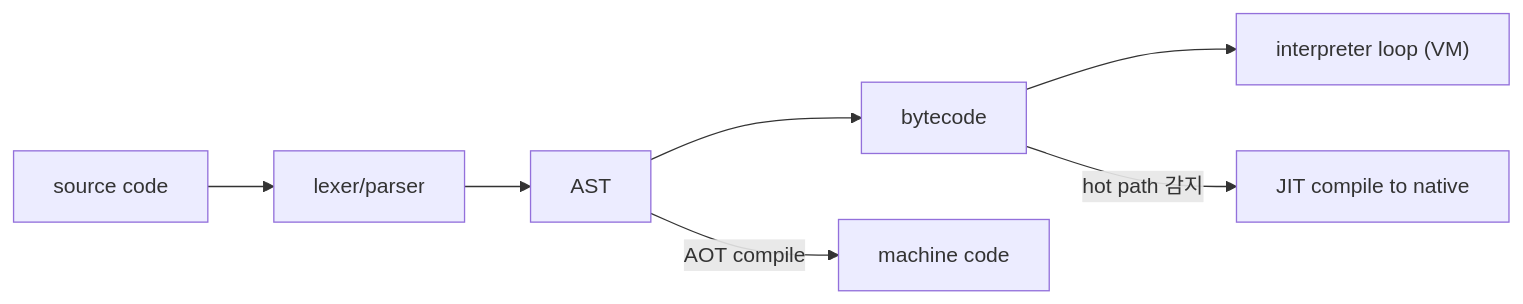
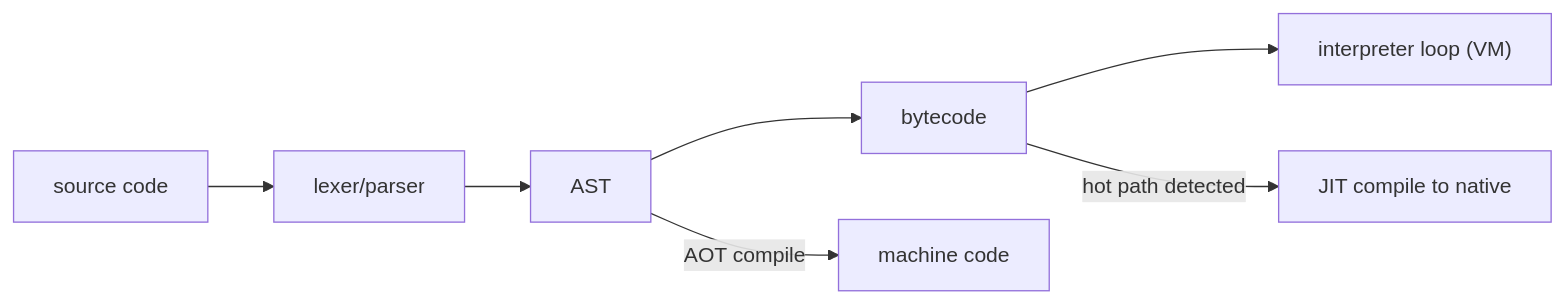
Before and after one commit to yeongseon-books/book-content: the diagram in content/programming-languages-101/ko/08-interpreter-and-compiler.md, drawn with Mermaid. The commit also changed other lines of this file and 9 other files, not shown here.

````diff
--- a/content/programming-languages-101/ko/08-interpreter-and-compiler.md
+++ b/content/programming-languages-101/ko/08-interpreter-and-compiler.md
@@ -36,9 +47,9 @@
 ```mermaid
 flowchart LR
     A["source code"] --> B["lexer/parser"]
     B --> C["AST"]
     C --> D["bytecode"]
     D --> E["interpreter loop (VM)"]
-    D -->|hot path 감지| F["JIT compile to native"]
+    D -->|hot path detected| F["JIT compile to native"]
     C -->|AOT compile| G["machine code"]
 ```
````
